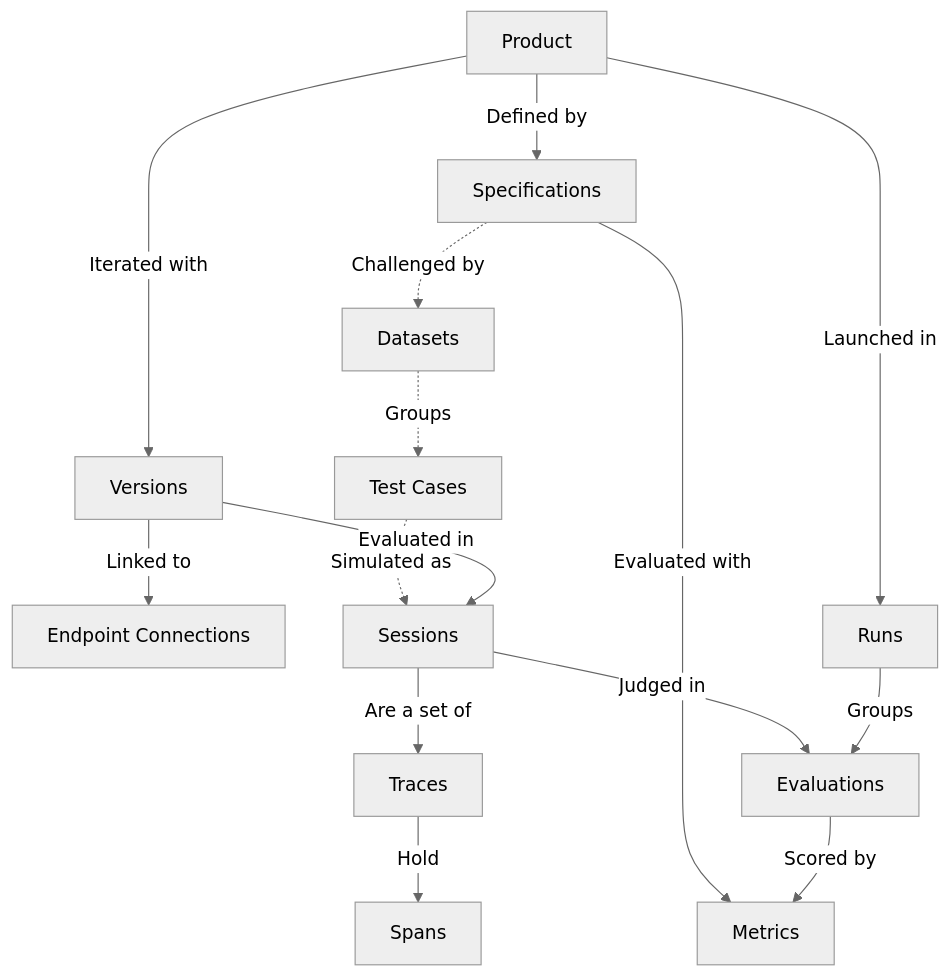
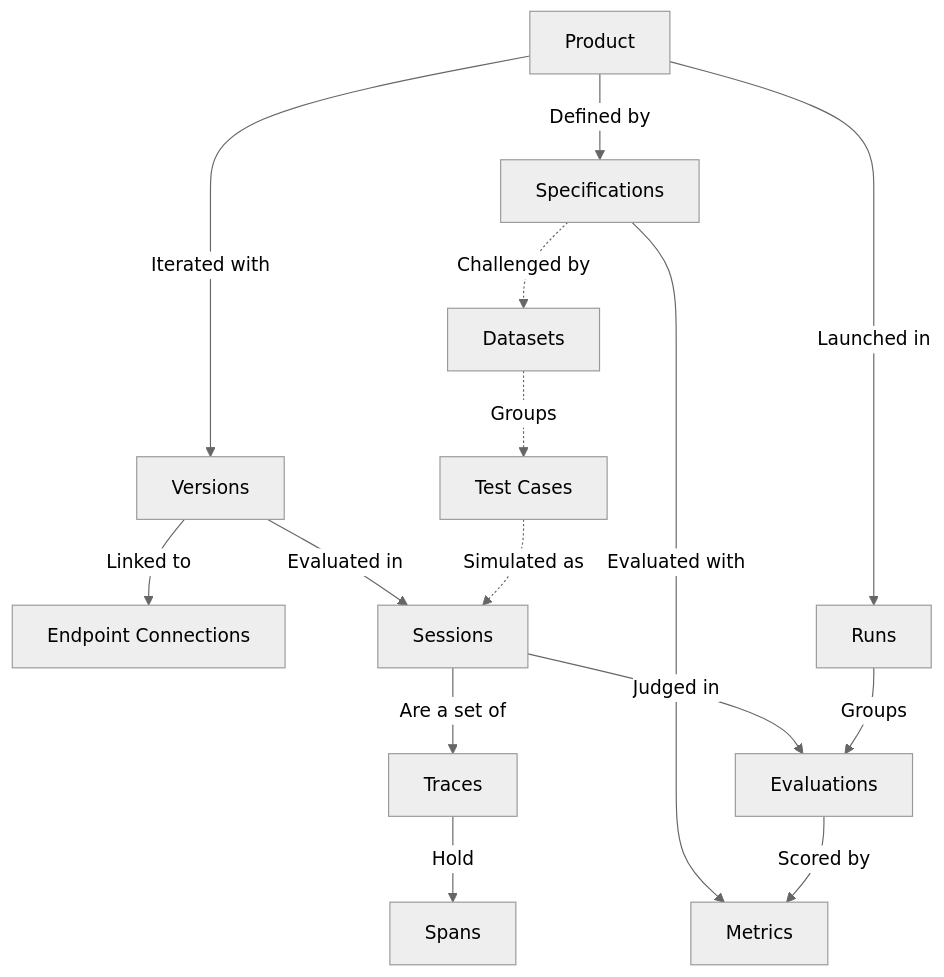
One commit to Galtea-AI/docs changed the diagram in concepts/overview.mdx. Above: the diagram before and after it, drawn with Mermaid. The commit also changed other lines of this file and 142 other files, not shown here.

````diff
--- a/concepts/overview.mdx
+++ b/concepts/overview.mdx
@@ -25,33 +25,33 @@
 ```mermaid
 %%{init: {"theme": "neutral"}}%%
 flowchart TD
     P[Product]
     T[Datasets]
     Spec[Specifications]
     V[Versions]
     EC[Endpoint Connections]
     TC[Test Cases]
     S[Sessions]
     Sp[Spans]
     Tr[Traces]
     E[Evaluations]
     M[Metrics]
     R[Runs]
 
+    %% Declared first so Versions sits left of Test Cases and its edge into Sessions does not cross theirs
+    P --> |Iterated with| V
+    V --> |Linked to| EC
+    V --> |Evaluated in| S
     P --> |Defined by| Spec
     Spec -.-> |Challenged by| T
     T -.-> |Groups| TC
     TC -.-> |Simulated as| S
     S --> |Are a set of| Tr
     Tr --> |Hold| Sp
     S --> |Judged in| E
     Spec --> |Evaluated with| M
     E --> |Scored by| M
 
-    P --> |Iterated with| V
-    V --> |Linked to| EC
-    V --> |Evaluated in| S
-
     P --> |Launched in| R
     R --> |Groups| E
 ```
````
